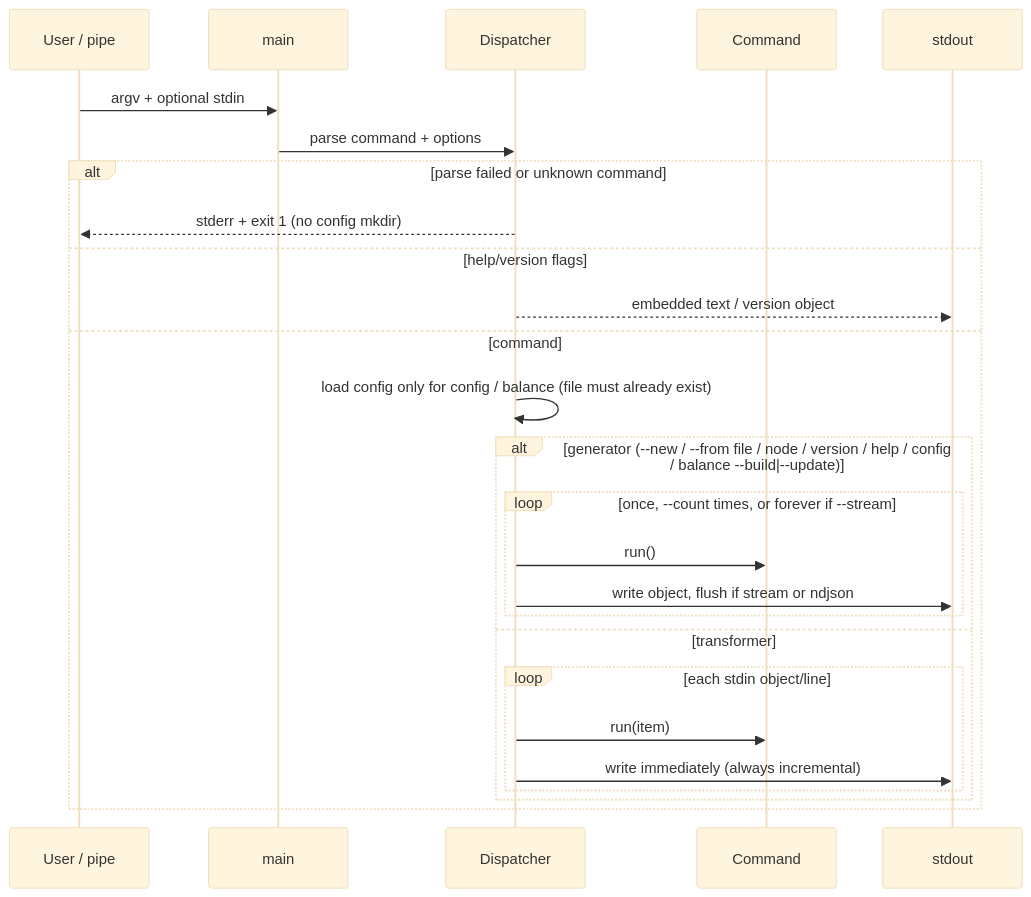
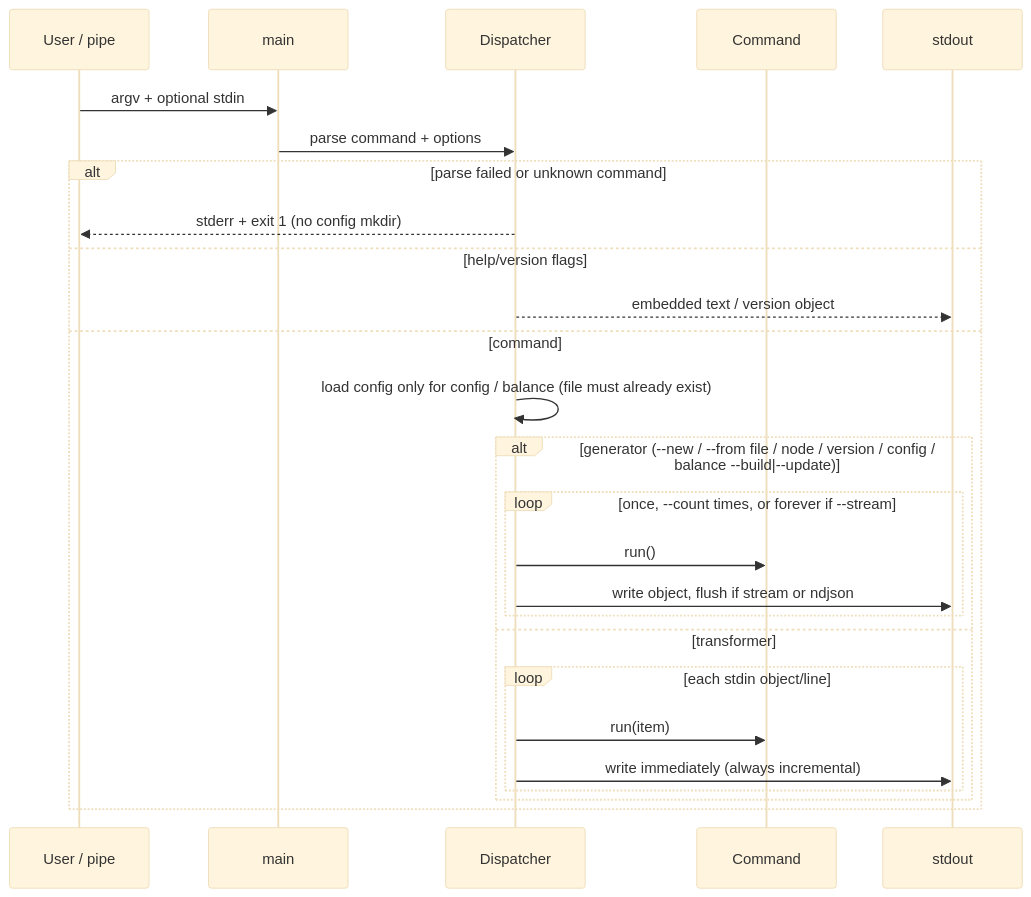
Before and after one commit to bartobri/bitcoin-toolkit: the second of 3 diagrams in REBUILD.md, drawn with Mermaid (base theme). The commit also changed other lines of this file and 4 other files, not shown here.

````diff
--- a/REBUILD.md
+++ b/REBUILD.md
@@ -185,29 +184,29 @@
 ```mermaid
 sequenceDiagram
     participant U as User / pipe
     participant M as main
     participant D as Dispatcher
     participant C as Command
     participant O as stdout
 
     U->>M: argv + optional stdin
     M->>D: parse command + options
     alt parse failed or unknown command
         D-->>U: stderr + exit 1 (no config mkdir)
     else help/version flags
         D-->>O: embedded text / version object
     else command
         D->>D: load config only for config / balance (file must already exist)
-        alt generator (--new / --from file / node / version / help / config / balance --build|--update)
+        alt generator (--new / --from file / node / version / config / balance --build|--update)
             loop once, --count times, or forever if --stream
                 D->>C: run()
                 D->>O: write object, flush if stream or ndjson
             end
         else transformer
             loop each stdin object/line
                 D->>C: run(item)
                 D->>O: write immediately (always incremental)
             end
         end
     end
 ```
````
